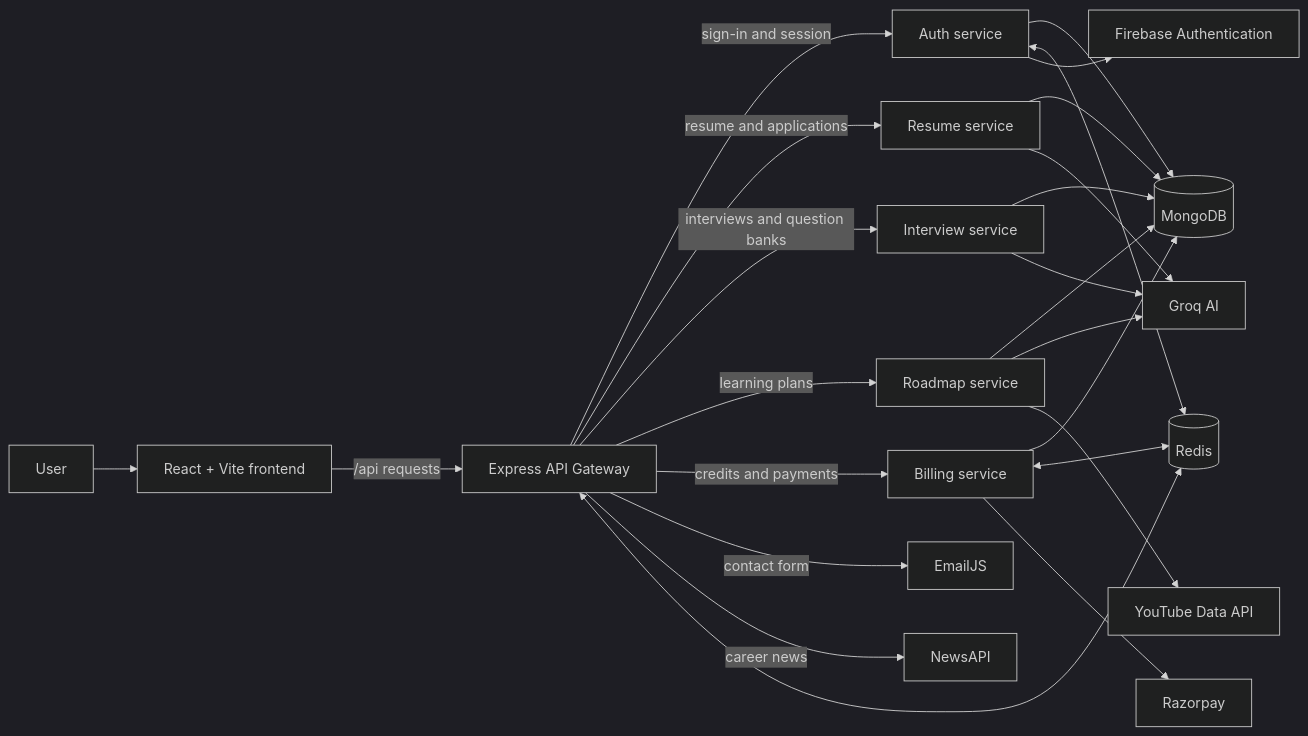
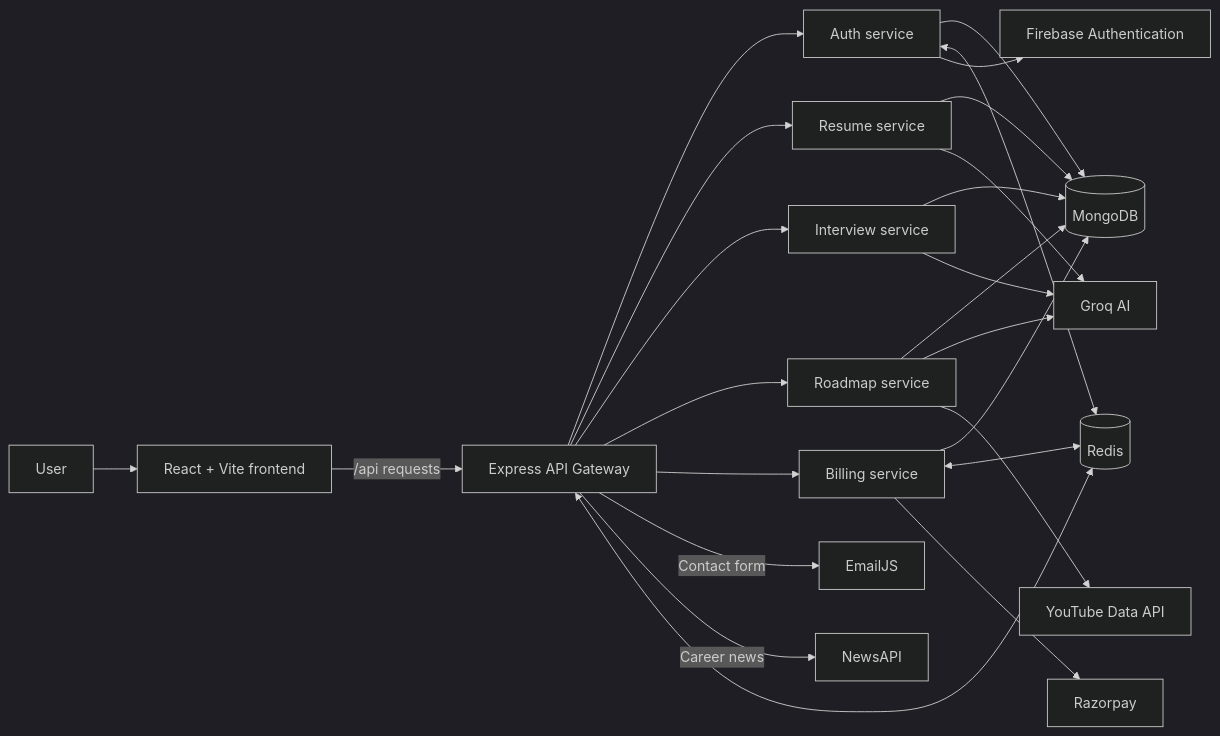
The diagram in README.md (TheLearnerAllTime002/Intervue-AI), drawn with Mermaid (dark theme) before and after one commit. The commit also changed other lines of this file, not shown here.

````diff
--- a/README.md
+++ b/README.md
@@ -47,26 +55,26 @@
 ```mermaid
 flowchart LR
     U[User] --> FE[React + Vite frontend]
     FE -->|/api requests| GW[Express API Gateway]
-    GW -->|sign-in and session| AUTH[Auth service]
-    GW -->|resume and applications| RESUME[Resume service]
-    GW -->|interviews and question banks| INTERVIEW[Interview service]
-    GW -->|learning plans| ROADMAP[Roadmap service]
-    GW -->|credits and payments| BILLING[Billing service]
-    GW -->|contact form| EMAIL[EmailJS]
-    GW -->|career news| NEWS[NewsAPI]
+    GW --> AUTH[Auth service]
+    GW --> RESUME[Resume service]
+    GW --> INTERVIEW[Interview service]
+    GW --> ROADMAP[Roadmap service]
+    GW --> BILLING[Billing service]
+    GW -->|Contact form| EMAIL[EmailJS]
+    GW -->|Career news| NEWS[NewsAPI]
     AUTH --> MDB[(MongoDB)]
     RESUME --> MDB
     INTERVIEW --> MDB
     ROADMAP --> MDB
     BILLING --> MDB
     AUTH <--> REDIS[(Redis)]
     GW <--> REDIS
     BILLING <--> REDIS
     RESUME --> AI[Groq AI]
     INTERVIEW --> AI
     ROADMAP --> AI
     ROADMAP --> YT[YouTube Data API]
     BILLING --> RP[Razorpay]
     AUTH --> FB[Firebase Authentication]
 ```
````
